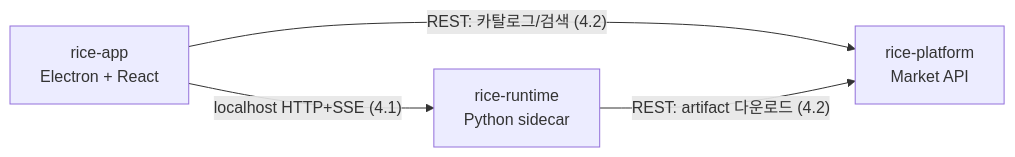
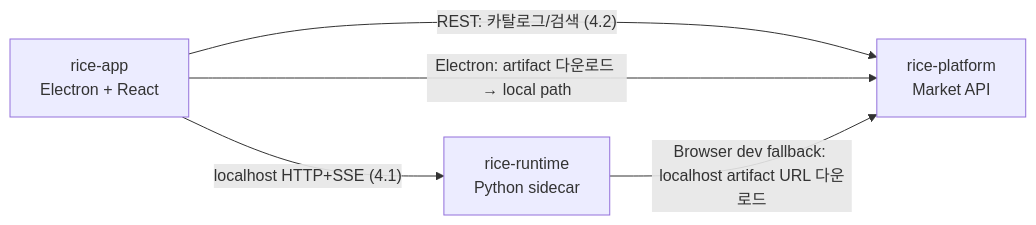
One commit to SeoJHeasdw/riceAgent changed the diagram in RICE_REPO_STRATEGY.md. Above: the diagram before and after it, drawn with Mermaid. The commit also changed other lines of this file and 12 other files, not shown here.

````diff
--- a/RICE_REPO_STRATEGY.md
+++ b/RICE_REPO_STRATEGY.md
@@ -210,10 +210,11 @@
 ```mermaid
 flowchart LR
     A[rice-app<br/>Electron + React]
     B[rice-runtime<br/>Python sidecar]
     C[rice-platform<br/>Market API]
 
     A -- "localhost HTTP+SSE (4.1)" --> B
     A -- "REST: 카탈로그/검색 (4.2)" --> C
-    B -- "REST: artifact 다운로드 (4.2)" --> C
+    A -- "Electron: artifact 다운로드 → local path" --> C
+    B -- "Browser dev fallback: localhost artifact URL 다운로드" --> C
 ```
````
